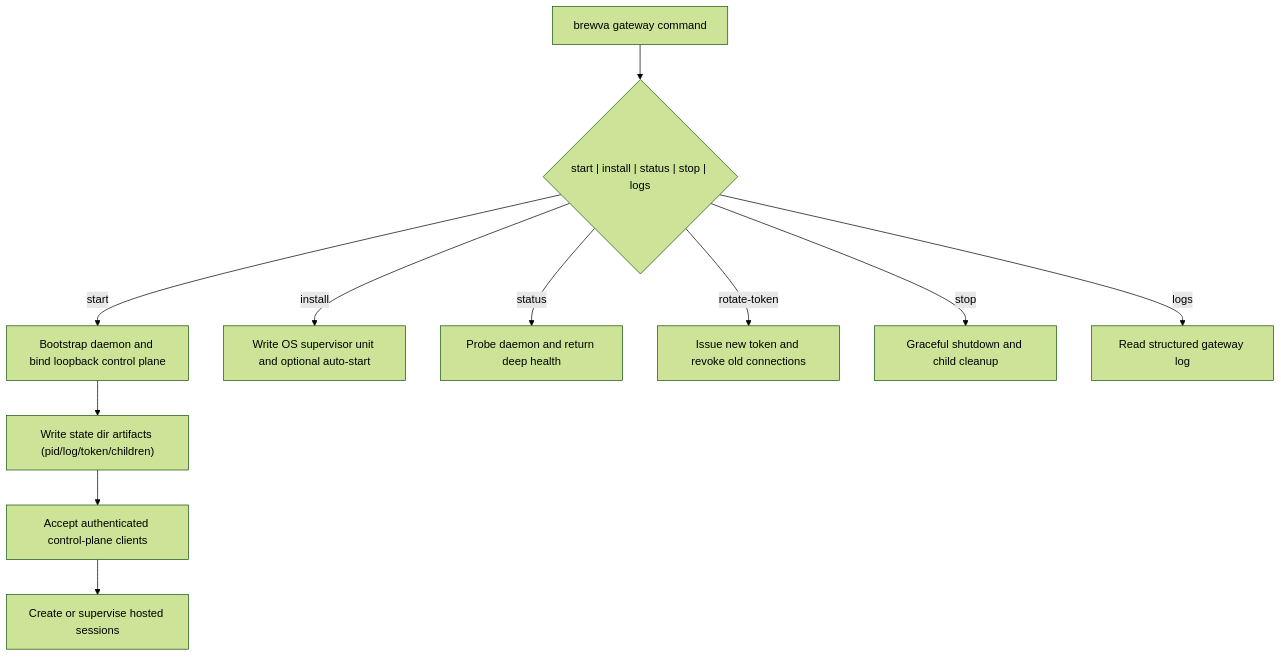
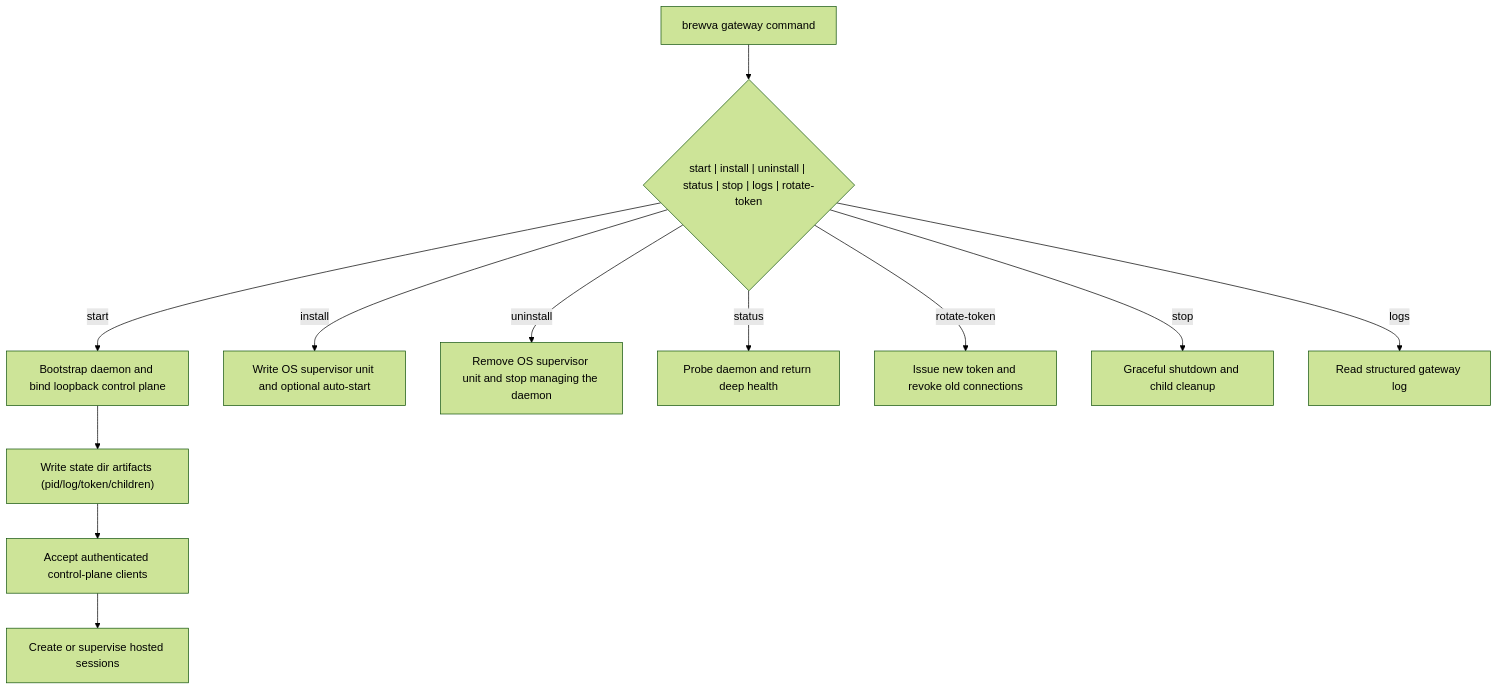
The diagram in docs/journeys/operator/gateway-control-plane-lifecycle.md (arcthur/brewva), drawn with Mermaid (forest theme) before and after one commit. The commit also changed other lines of this file and 85 other files, not shown here.

````diff
--- a/docs/journeys/operator/gateway-control-plane-lifecycle.md
+++ b/docs/journeys/operator/gateway-control-plane-lifecycle.md
@@ -39,13 +42,14 @@
 ```mermaid
 flowchart TD
-  A["brewva gateway command"] --> B{"start | install | status | stop | logs"}
+  A["brewva gateway command"] --> B{"start | install | uninstall | status | stop | logs | rotate-token"}
   B -->|start| C["Bootstrap daemon and bind loopback control plane"]
   C --> D["Write state dir artifacts (pid/log/token/children)"]
   D --> E["Accept authenticated control-plane clients"]
   E --> F["Create or supervise hosted sessions"]
   B -->|install| G["Write OS supervisor unit and optional auto-start"]
+  B -->|uninstall| U["Remove OS supervisor unit and stop managing the daemon"]
   B -->|status| H["Probe daemon and return deep health"]
   B -->|rotate-token| I["Issue new token and revoke old connections"]
   B -->|stop| J["Graceful shutdown and child cleanup"]
   B -->|logs| K["Read structured gateway log"]
 ```
````
